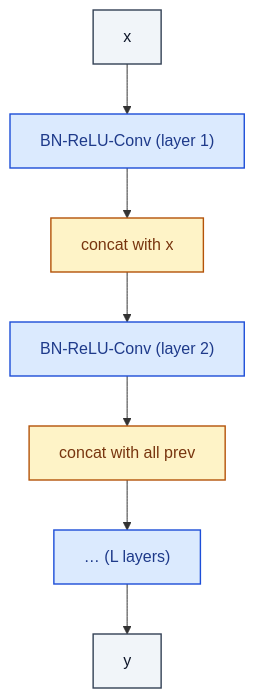
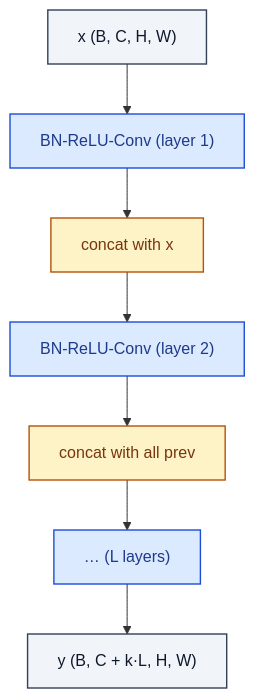
The diagram in cnn_vision/DenseBlock.md (RealityShifts/Srivastava-book-of-Blocks-diagrams), drawn with Mermaid before and after one commit. The commit also changed 123 other files, not shown here.

````diff
--- a/cnn_vision/DenseBlock.md
+++ b/cnn_vision/DenseBlock.md
@@ -7,25 +7,26 @@
 ```mermaid
 flowchart TD
-    n0_0["x"]:::io
+    n0_0["x  (B, C, H, W)"]:::io
     n1_0["BN-ReLU-Conv  (layer 1)"]:::op
     n2_0["concat with x"]:::merge
     n3_0["BN-ReLU-Conv  (layer 2)"]:::op
     n4_0["concat with all prev"]:::merge
     n5_0["…  (L layers)"]:::op
-    n6_0["y"]:::io
+    n6_0["y  (B, C + k·L, H, W)"]:::io
     n0_0 --> n1_0
     n1_0 --> n2_0
     n2_0 --> n3_0
     n3_0 --> n4_0
     n4_0 --> n5_0
     n5_0 --> n6_0
     classDef io fill:#f1f5f9,stroke:#334155,stroke-width:1.4px,color:#0f172a
     classDef op fill:#dbeafe,stroke:#1d4ed8,stroke-width:1.4px,color:#1e3a8a
     classDef norm fill:#dcfce7,stroke:#15803d,stroke-width:1.4px,color:#14532d
     classDef act fill:#ffedd5,stroke:#c2410c,stroke-width:1.4px,color:#7c2d12
     classDef attn fill:#ede9fe,stroke:#6d28d9,stroke-width:1.4px,color:#4c1d95
     classDef merge fill:#fef3c7,stroke:#b45309,stroke-width:1.4px,color:#78350f
     classDef emb fill:#fef9c3,stroke:#a16207,stroke-width:1.4px,color:#713f12
     classDef loss fill:#fee2e2,stroke:#b91c1c,stroke-width:1.4px,color:#7f1d1d
     classDef ctrl fill:#f5f5f4,stroke:#52525b,stroke-width:1.4px,color:#27272a
+    classDef ref fill:#e0f2fe,stroke:#0369a1,stroke-width:2px,color:#0c4a6e,stroke-dasharray: 4 2
 ```
````
